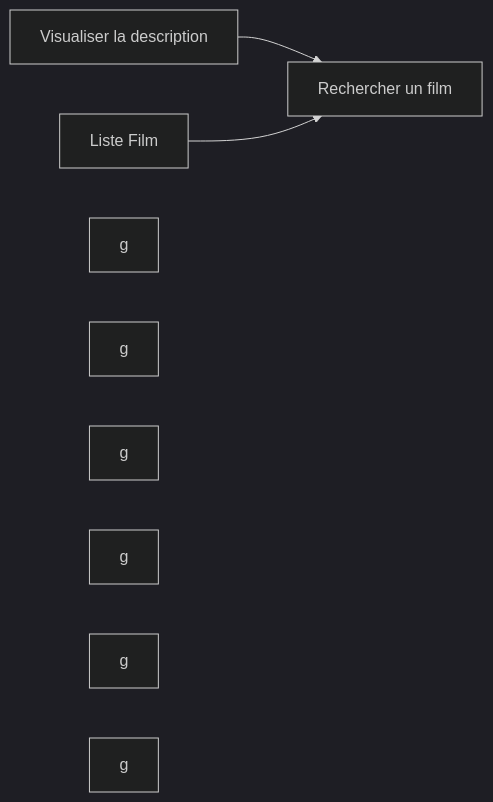
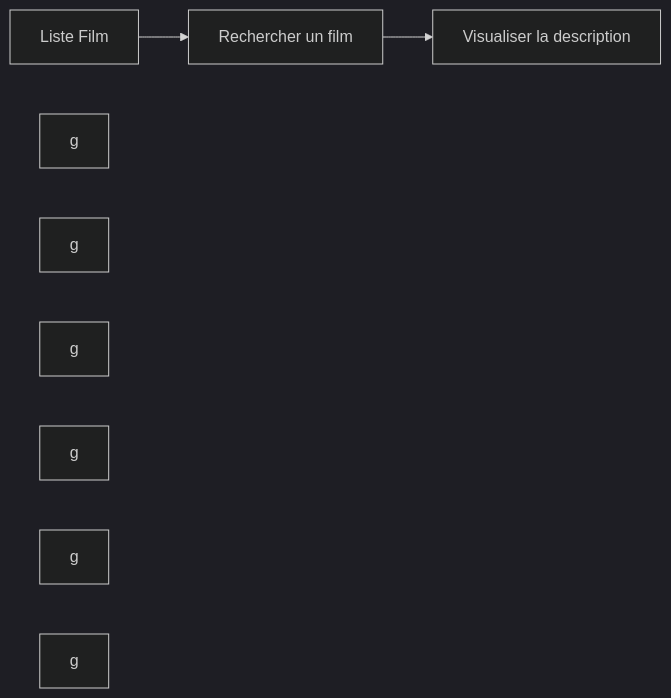
One commit to Remynder0/cours_BUT_24-25 changed the first of 3 diagrams in README.md. Above: the diagram before and after it, drawn with Mermaid (dark theme). The commit also changed other lines of this file, not shown here.

````diff
--- a/README.md
+++ b/README.md
@@ -120,17 +120,17 @@
 ```mermaid
 graph LR
 
 A[Liste Film]
 B[Visualiser la description]
 C[Rechercher un film]
 D[g] 
 E[g] 
 F[g]
 G[g] 
 H[g] 
 I[g]
 
-B --> C
+C --> B
 A --> C
 
 ```
````
